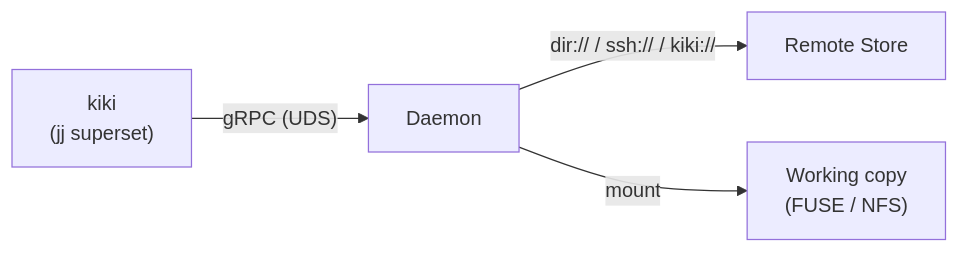
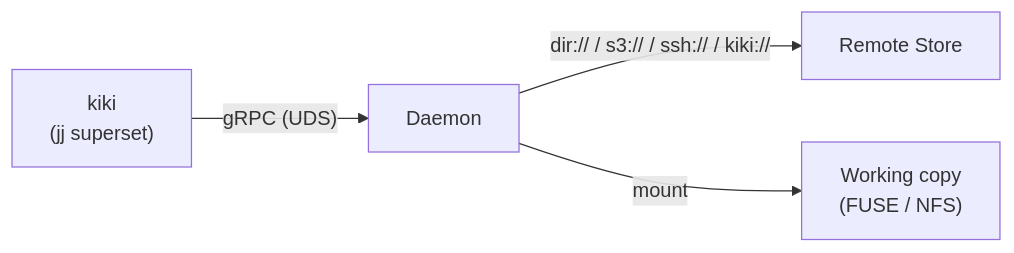
The diagram in docs/USER_GUIDE.md (ahimsalabs/kiki), drawn with Mermaid before and after one commit. The commit also changed other lines of this file and 8 other files, not shown here.

Commit message:
feat: add S3 remote store backend (s3:// scheme)

````diff
--- a/docs/USER_GUIDE.md
+++ b/docs/USER_GUIDE.md
@@ -13,6 +13,6 @@
 ```mermaid
 graph LR
     CLI["kiki<br/>(jj superset)"] -- "gRPC (UDS)" --> Daemon
-    Daemon -- "dir:// / ssh:// / kiki://" --> Remote["Remote Store"]
+    Daemon -- "dir:// / s3:// / ssh:// / kiki://" --> Remote["Remote Store"]
     Daemon -- mount --> VFS["Working copy<br/>(FUSE / NFS)"]
 ```
````
